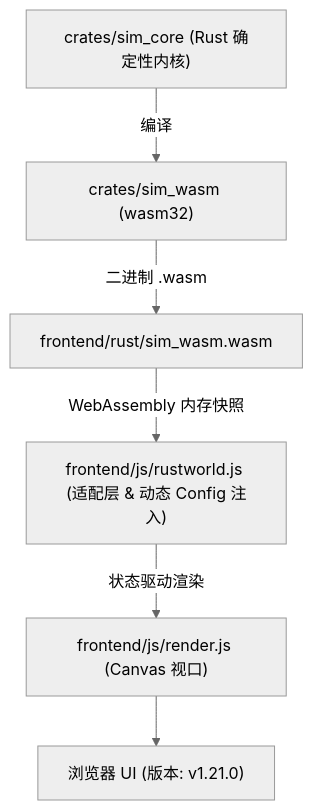
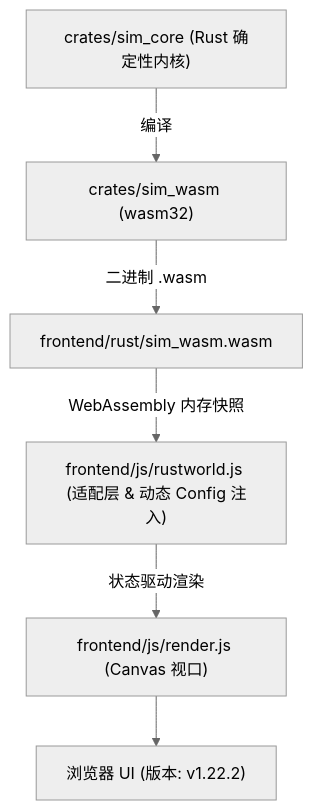
One commit to g39088902/FlowAndAccord changed the diagram in AGENTS.md. Above: the diagram before and after it, drawn with Mermaid (neutral theme). The commit also changed other lines of this file and 19 other files, not shown here.

````diff
--- a/AGENTS.md
+++ b/AGENTS.md
@@ -51,8 +51,8 @@
 ```mermaid
 graph TD
     A["crates/sim_core (Rust 确定性内核)"] -->|编译| B["crates/sim_wasm (wasm32)"]
     B -->|二进制 .wasm| C["frontend/rust/sim_wasm.wasm"]
     C -->|WebAssembly 内存快照| D["frontend/js/rustworld.js (适配层 & 动态 Config 注入)"]
     D -->|状态驱动渲染| E["frontend/js/render.js (Canvas 视口)"]
-    E --> F["浏览器 UI (版本: v1.21.0)"]
+    E --> F["浏览器 UI (版本: v1.22.2)"]
 ```
````
